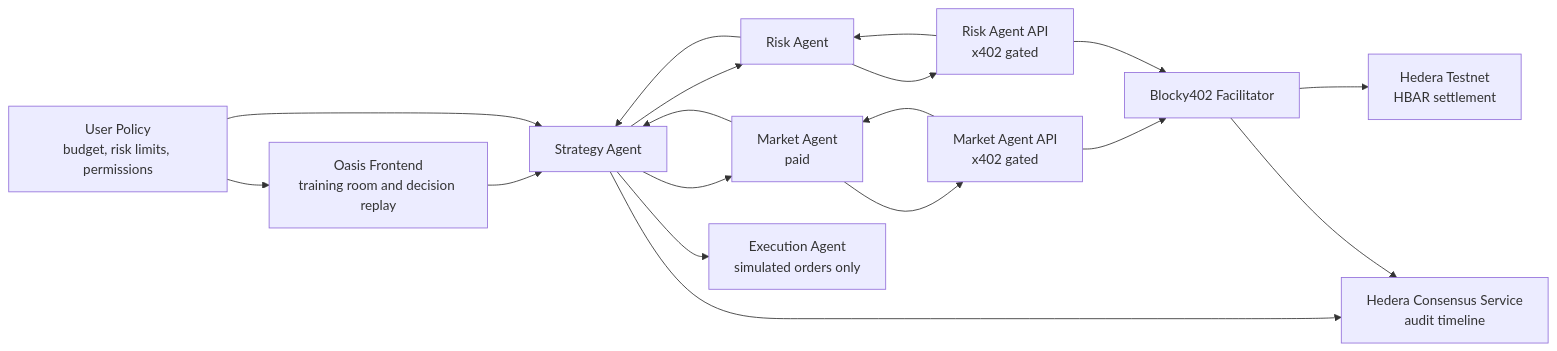
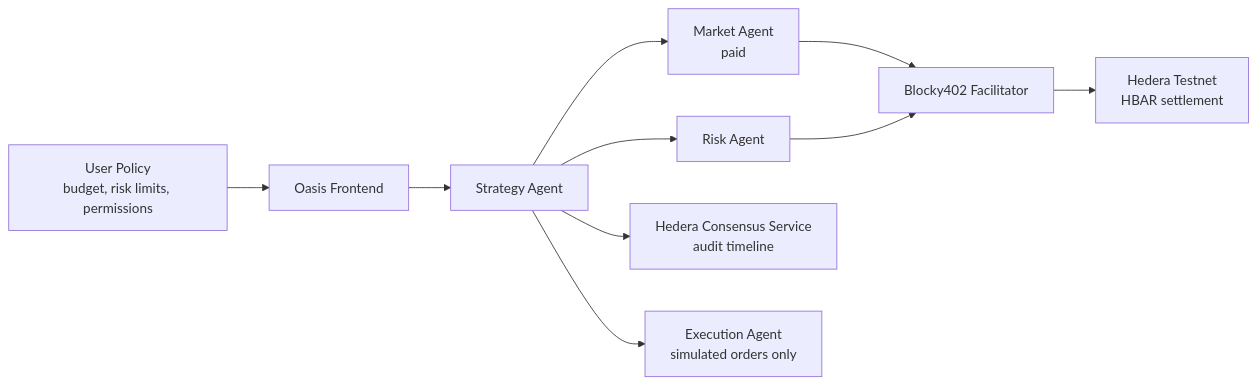
The diagram in README.md (hwish39-byte/Oasis-Agent-Trading), drawn with Mermaid before and after one commit. The commit also changed other lines of this file and 1 other file, not shown here.

````diff
--- a/README.md
+++ b/README.md
@@ -63,32 +19,21 @@
 ```mermaid
 flowchart LR
     User["User Policy<br/>budget, risk limits, permissions"]
-    UI["Oasis Frontend<br/>training room and decision replay"]
+    UI["Oasis Frontend"]
     Strategy["Strategy Agent"]
     Research["Market Agent<br/>paid"]
     Risk["Risk Agent"]
-    SignalAPI["Market Agent API<br/>x402 gated"]
-    RiskAPI["Risk Agent API<br/>x402 gated"]
     Blocky["Blocky402 Facilitator"]
     Hedera["Hedera Testnet<br/>HBAR settlement"]
     HCS["Hedera Consensus Service<br/>audit timeline"]
     Exec["Execution Agent<br/>simulated orders only"]
 
-    User --> UI
-    UI --> Strategy
-    User --> Strategy
+    User --> UI --> Strategy
     Strategy --> Research
     Strategy --> Risk
-    Research --> SignalAPI
-    Risk --> RiskAPI
-    SignalAPI --> Blocky
-    RiskAPI --> Blocky
+    Research --> Blocky
+    Risk --> Blocky
     Blocky --> Hedera
-    SignalAPI --> Research
-    RiskAPI --> Risk
-    Research --> Strategy
-    Risk --> Strategy
+    Strategy --> HCS
     Strategy --> Exec
-    Strategy --> HCS
-    Blocky --> HCS
 ```
````
